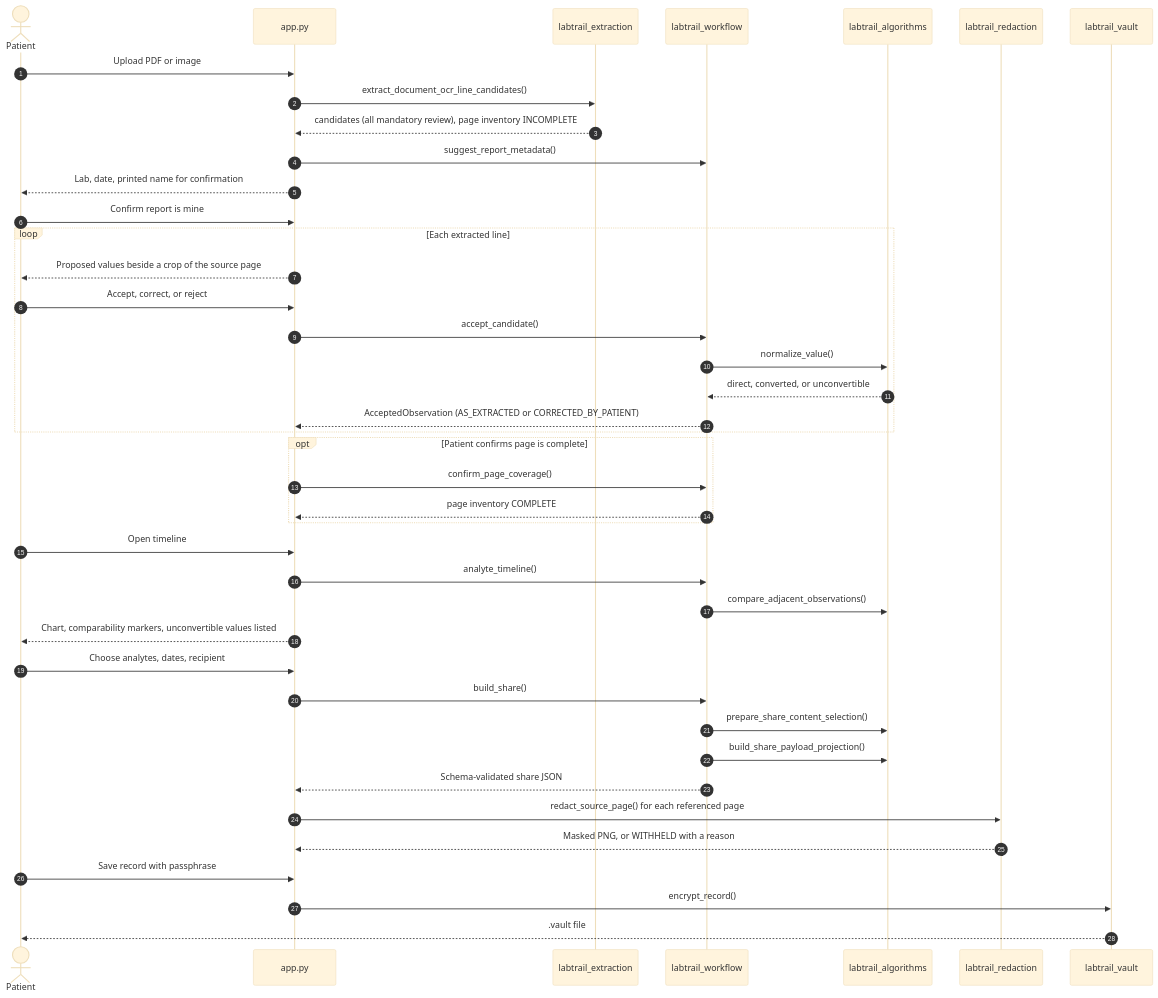
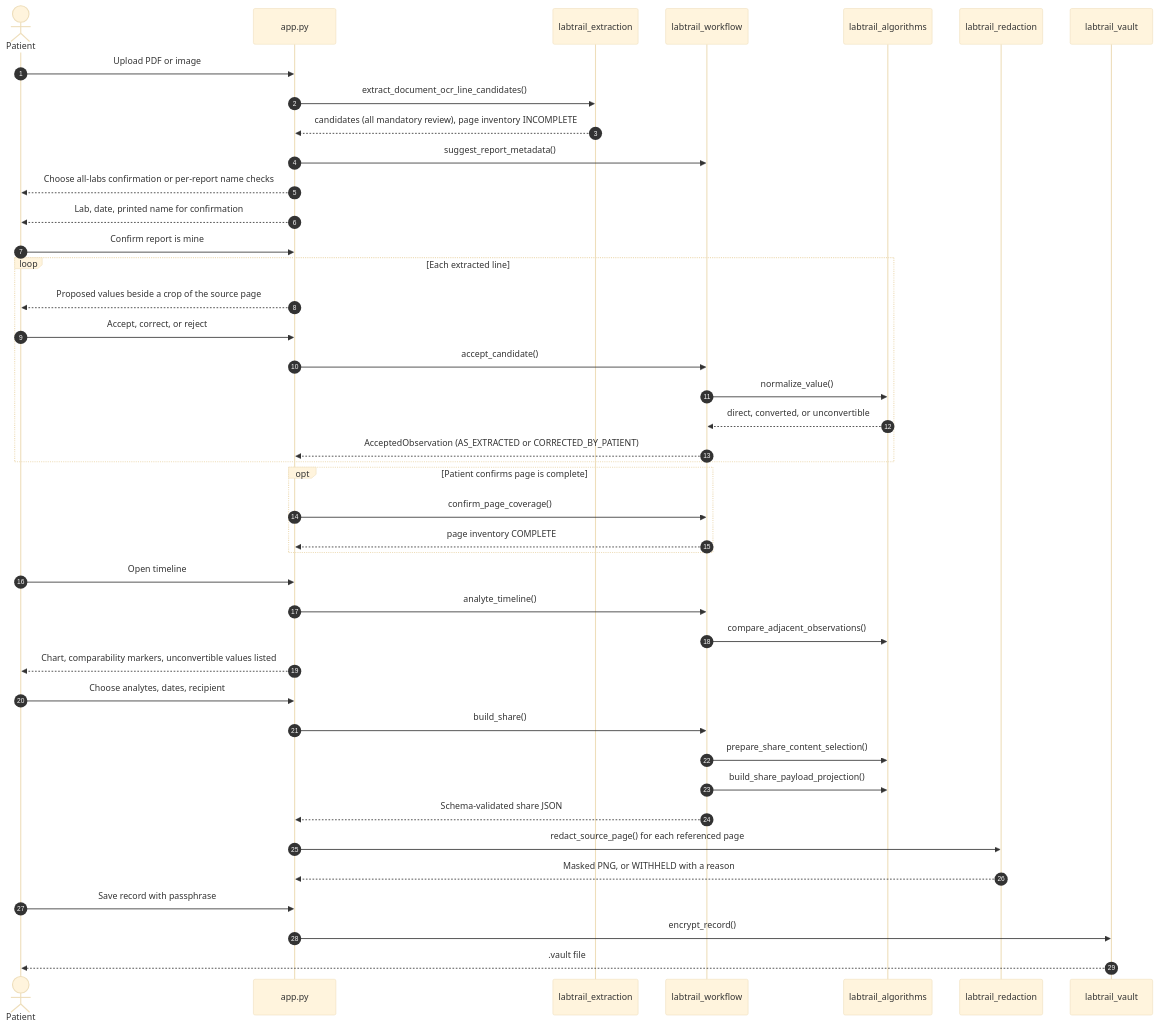
One commit to renee127/LabTrail changed the third of 5 diagrams in docs/implementation.md. Above: the diagram before and after it, drawn with Mermaid (base theme). The commit also changed other lines of this file and 3 other files, not shown here.

````diff
--- a/docs/implementation.md
+++ b/docs/implementation.md
@@ -158,49 +158,50 @@
 ```mermaid
 sequenceDiagram
     autonumber
     actor P as Patient
     participant UI as app.py
     participant X as labtrail_extraction
     participant W as labtrail_workflow
     participant A as labtrail_algorithms
     participant R as labtrail_redaction
     participant V as labtrail_vault
 
     P->>UI: Upload PDF or image
     UI->>X: extract_document_ocr_line_candidates()
     X-->>UI: candidates (all mandatory review), page inventory INCOMPLETE
     UI->>W: suggest_report_metadata()
+    UI-->>P: Choose all-labs confirmation or per-report name checks
     UI-->>P: Lab, date, printed name for confirmation
     P->>UI: Confirm report is mine
 
     loop Each extracted line
         UI-->>P: Proposed values beside a crop of the source page
         P->>UI: Accept, correct, or reject
         UI->>W: accept_candidate()
         W->>A: normalize_value()
         A-->>W: direct, converted, or unconvertible
         W-->>UI: AcceptedObservation (AS_EXTRACTED or CORRECTED_BY_PATIENT)
     end
 
     opt Patient confirms page is complete
         UI->>W: confirm_page_coverage()
         W-->>UI: page inventory COMPLETE
     end
 
     P->>UI: Open timeline
     UI->>W: analyte_timeline()
     W->>A: compare_adjacent_observations()
     UI-->>P: Chart, comparability markers, unconvertible values listed
 
     P->>UI: Choose analytes, dates, recipient
     UI->>W: build_share()
     W->>A: prepare_share_content_selection()
     W->>A: build_share_payload_projection()
     W-->>UI: Schema-validated share JSON
     UI->>R: redact_source_page() for each referenced page
     R-->>UI: Masked PNG, or WITHHELD with a reason
 
     P->>UI: Save record with passphrase
     UI->>V: encrypt_record()
     V-->>P: .vault file
 ```
````
